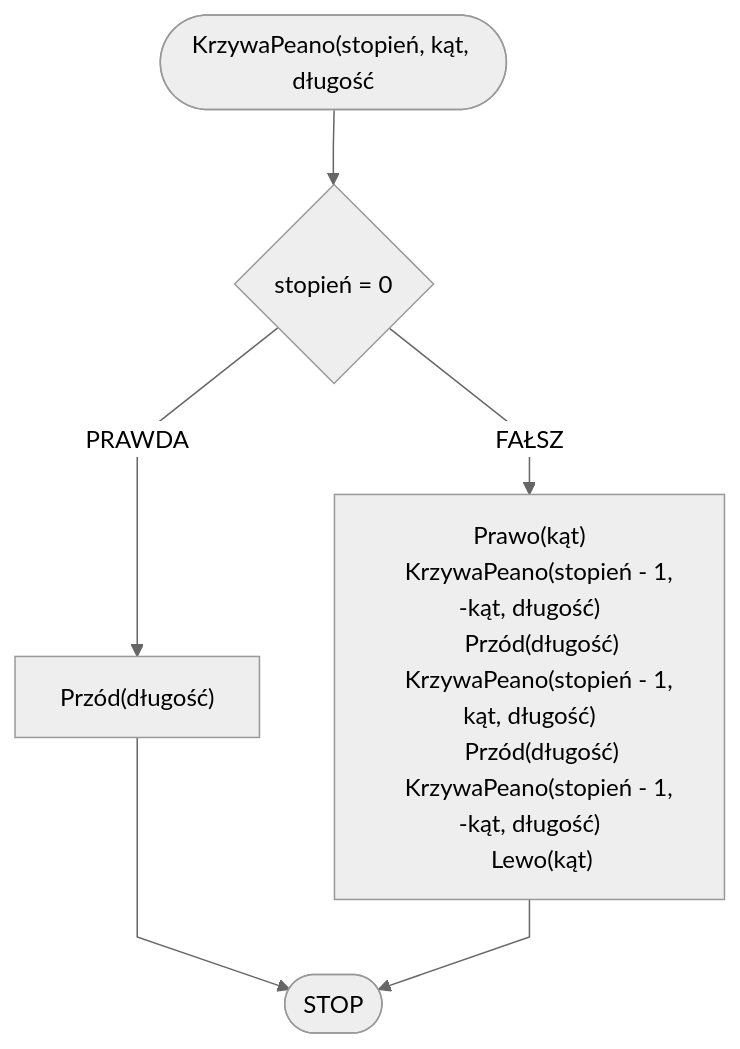
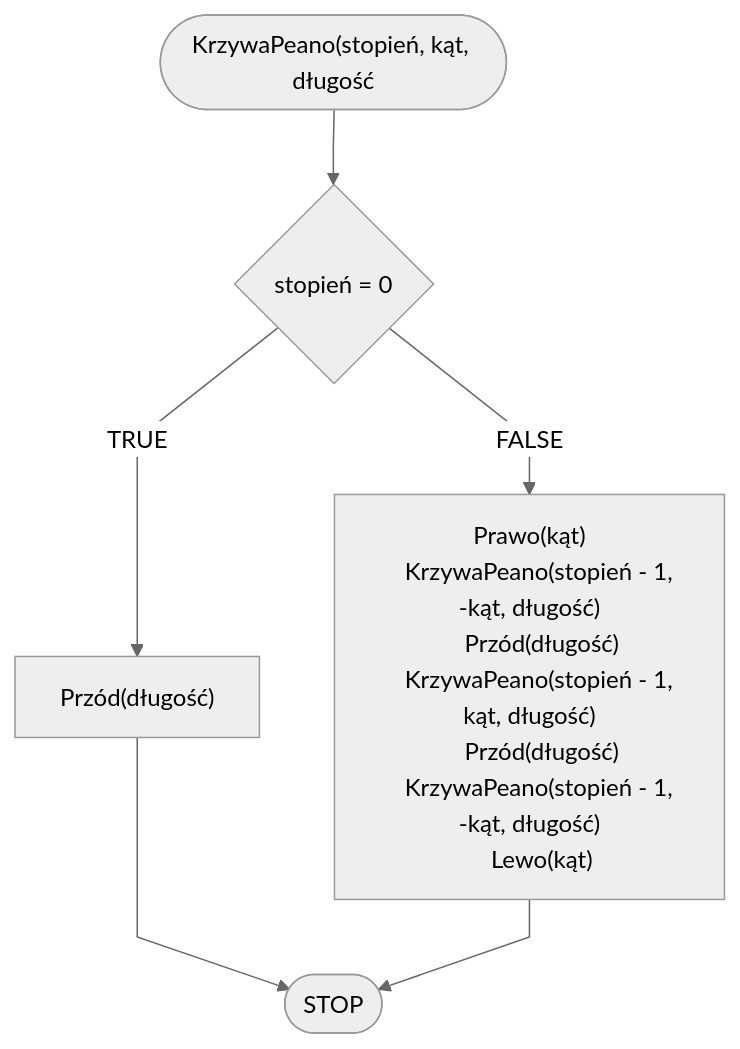
Before and after one commit to blackbat13/edu-cs-htiew-en: the diagram in docs/algorithms/fractals/peano-curve.md, drawn with Mermaid. The commit also changed other lines of this file and 682 other files, not shown here.

````diff
--- a/docs/algorithms/fractals/peano-curve.md
+++ b/docs/algorithms/fractals/peano-curve.md
@@ -45,15 +45,15 @@
 ```mermaid
 %%{init: {"flowchart": {"curve": "linear"}, "theme": "neutral"} }%%
 flowchart TD
     START(["KrzywaPeano(stopień, kąt, długość"]) --> K1{stopień = 0}
-    K1 -- PRAWDA --> K2["Przód(długość)"]
+    K1 -- TRUE --> K2["Przód(długość)"]
     K2 --> STOP([STOP])
-    K1 -- FAŁSZ --> K4["Prawo(kąt)
+    K1 -- FALSE --> K4["Prawo(kąt)
     KrzywaPeano(stopień - 1, -kąt, długość)
     Przód(długość)
     KrzywaPeano(stopień - 1, kąt, długość)
     Przód(długość)
     KrzywaPeano(stopień - 1, -kąt, długość)
     Lewo(kąt)"]
     K4 --> STOP
 ```
````
